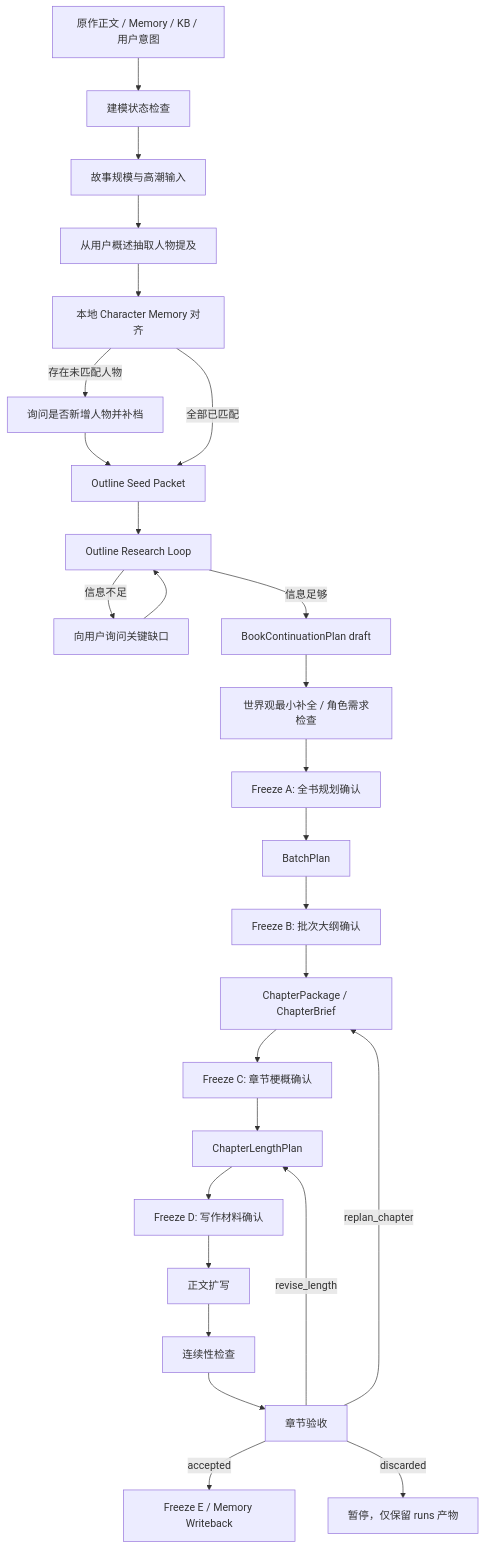
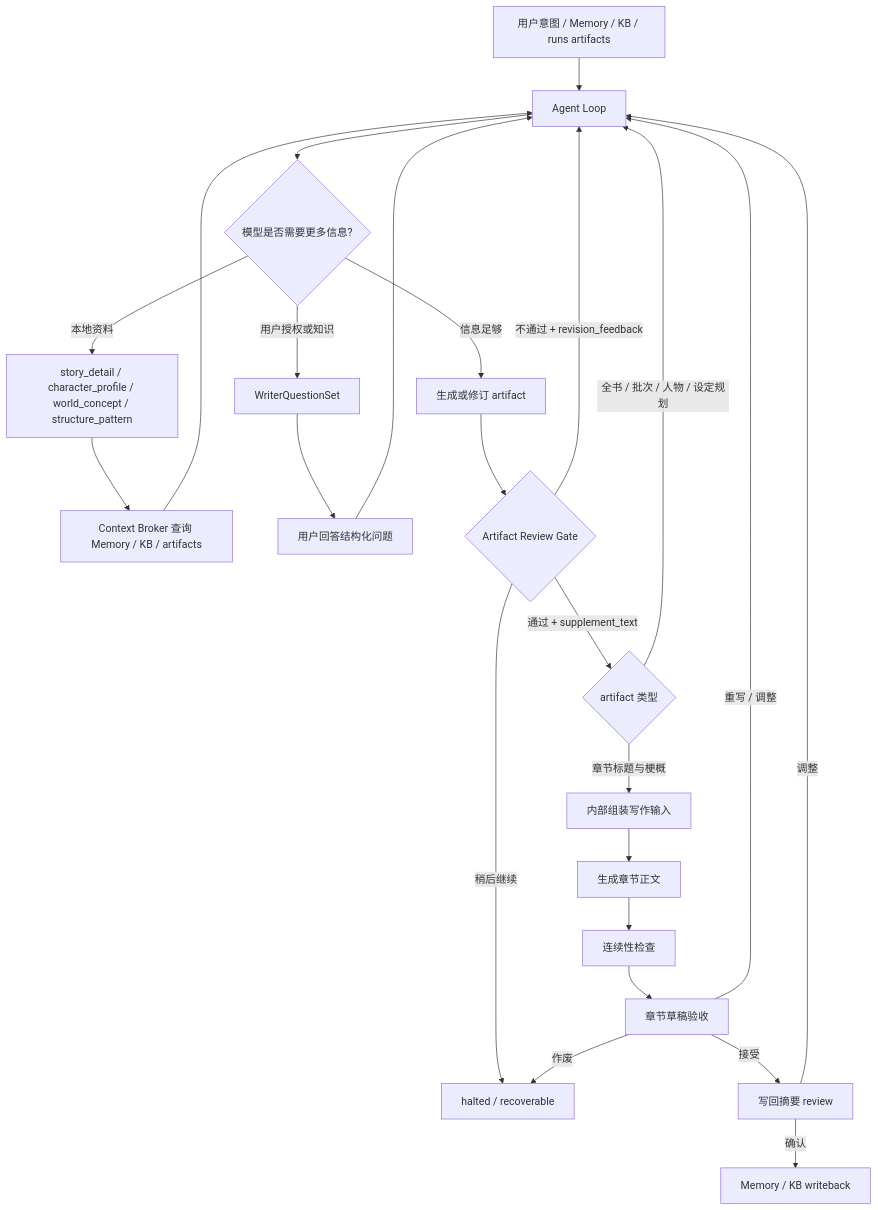
Before and after one commit to xxs-wallace/novel-agent: the diagram in .trae/specs/writer-agent-layered-generation/design.md, drawn with Mermaid. The commit also changed other lines of this file and 114 other files, not shown here.

Commit message:
Implement writer agent web loop

````diff
--- a/.trae/specs/writer-agent-layered-generation/design.md
+++ b/.trae/specs/writer-agent-layered-generation/design.md
@@ -41,29 +40,26 @@
 ```mermaid
 flowchart TD
-    A["原作正文 / Memory / KB / 用户意图"] --> B["建模状态检查"]
-    B --> C["故事规模与高潮输入"]
-    C --> C1["从用户概述抽取人物提及"]
-    C1 --> C2["本地 Character Memory 对齐"]
-    C2 -->|存在未匹配人物| C3["询问是否新增人物并补档"]
-    C3 --> D["Outline Seed Packet"]
-    C2 -->|全部已匹配| D["Outline Seed Packet"]
-    D --> E["Outline Research Loop"]
-    E -->|信息不足| F["向用户询问关键缺口"]
-    F --> E
-    E -->|信息足够| G["BookContinuationPlan draft"]
-    G --> H["世界观最小补全 / 角色需求检查"]
-    H --> I["Freeze A: 全书规划确认"]
-    I --> J["BatchPlan"]
-    J --> K["Freeze B: 批次大纲确认"]
-    K --> L["ChapterPackage / ChapterBrief"]
-    L --> M["Freeze C: 章节梗概确认"]
-    M --> N["ChapterLengthPlan"]
-    N --> O["Freeze D: 写作材料确认"]
-    O --> P["正文扩写"]
-    P --> Q["连续性检查"]
-    Q --> R["章节验收"]
-    R -->|accepted| S["Freeze E / Memory Writeback"]
-    R -->|revise_length| N
-    R -->|replan_chapter| L
-    R -->|discarded| T["暂停，仅保留 runs 产物"]
+    A["用户意图 / Memory / KB / runs artifacts"] --> B["Agent Loop"]
+    B --> C{"模型是否需要更多信息?"}
+    C -->|本地资料| D["story_detail / character_profile / world_concept / structure_pattern"]
+    D --> E["Context Broker 查询 Memory / KB / artifacts"]
+    E --> B
+    C -->|用户授权或知识| F["WriterQuestionSet"]
+    F --> G["用户回答结构化问题"]
+    G --> B
+    C -->|信息足够| H["生成或修订 artifact"]
+    H --> I{"Artifact Review Gate"}
+    I -->|通过 + supplement_text| J{"artifact 类型"}
+    I -->|不通过 + revision_feedback| B
+    I -->|稍后继续| K["halted / recoverable"]
+    J -->|全书 / 批次 / 人物 / 设定规划| B
+    J -->|章节标题与梗概| L["内部组装写作输入"]
+    L --> M["生成章节正文"]
+    M --> N["连续性检查"]
+    N --> O["章节草稿验收"]
+    O -->|接受| P["写回摘要 review"]
+    O -->|重写 / 调整| B
+    O -->|作废| K
+    P -->|确认| Q["Memory / KB writeback"]
+    P -->|调整| B
 ```
````
